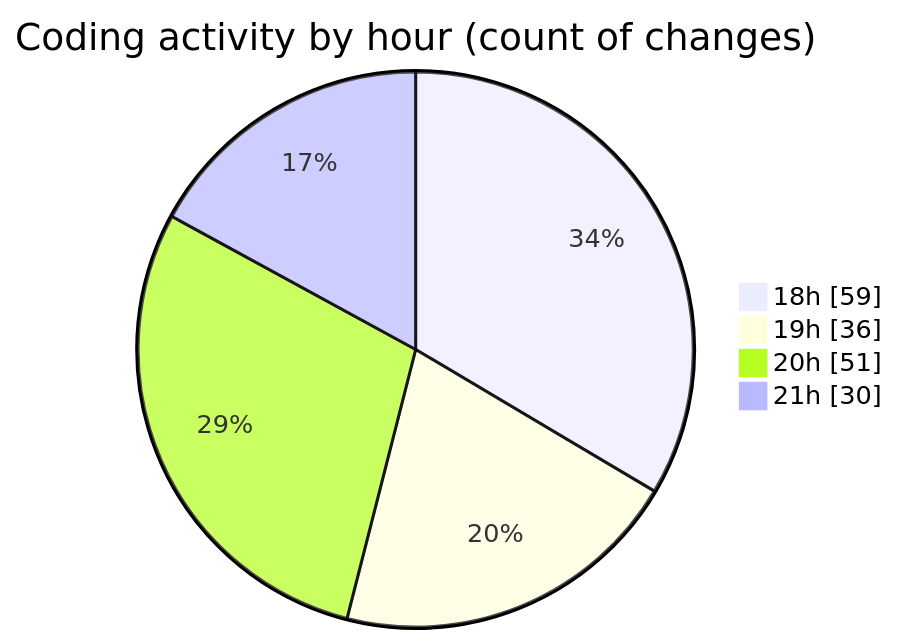
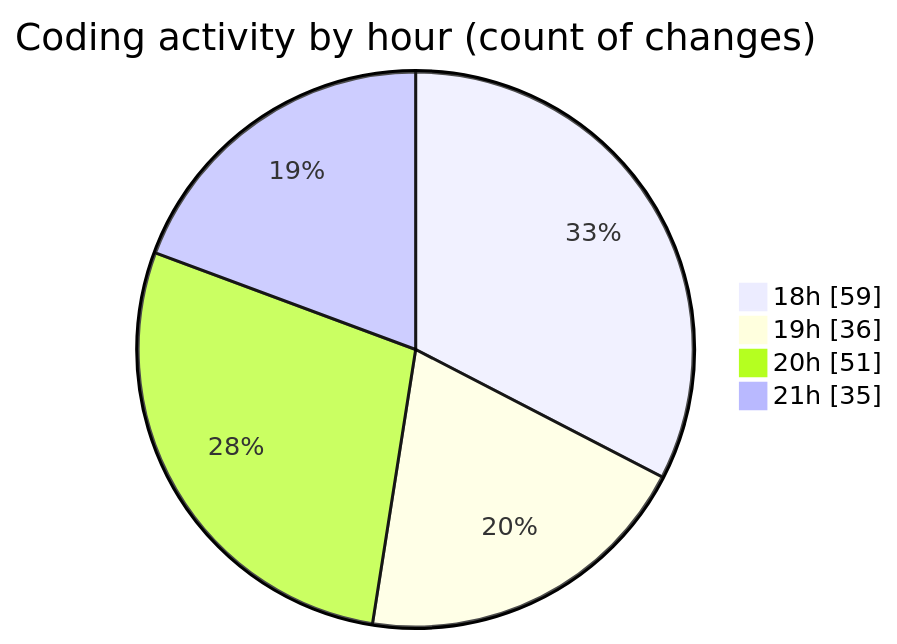
Before and after one commit to Netris89/code-tracking: the second of 2 diagrams in 2025-04-02/back-end/README.md, drawn with Mermaid. The commit also changed other lines of this file and 1 other file, not shown here.

````diff
--- a/2025-04-02/back-end/README.md
+++ b/2025-04-02/back-end/README.md
@@ -40,8 +41,8 @@
 ```mermaid
 pie showData
 title Coding activity by hour (count of changes)
 "18h" : 59
 "19h" : 36
 "20h" : 51
-"21h" : 30
+"21h" : 35
 ```
````
